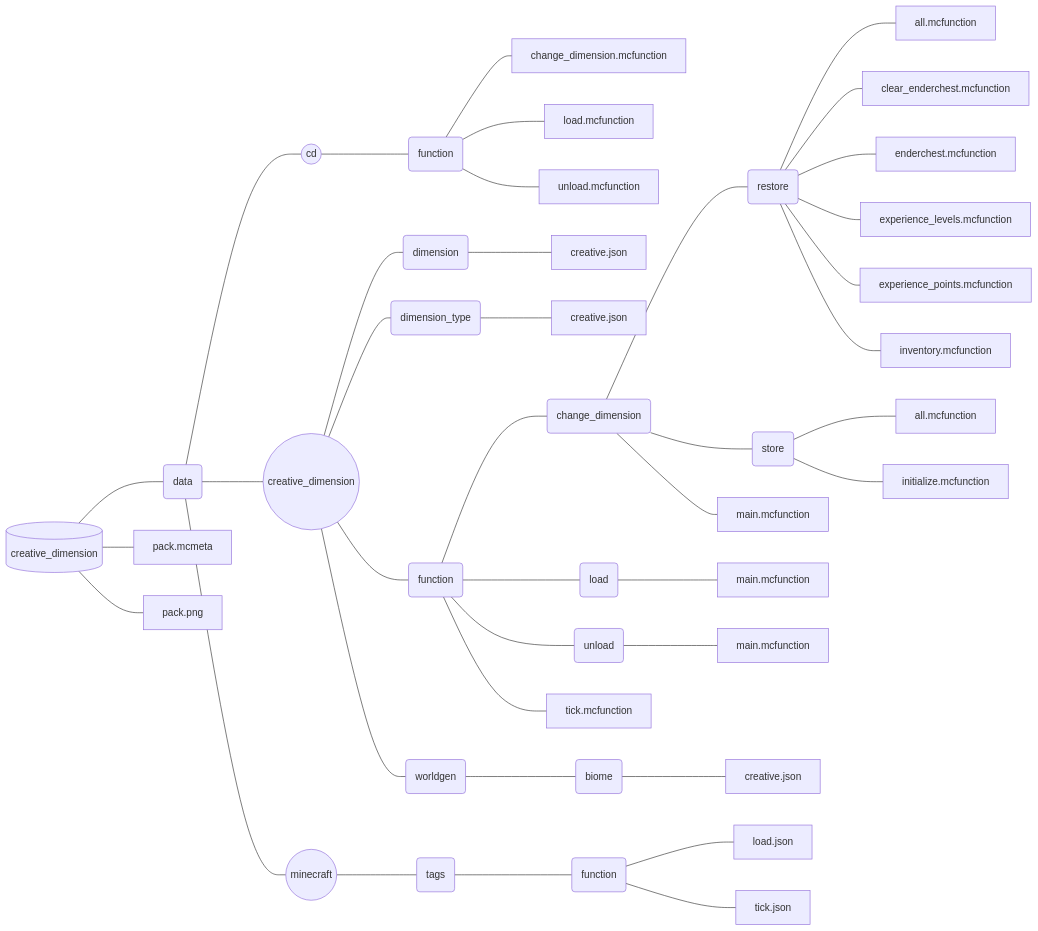
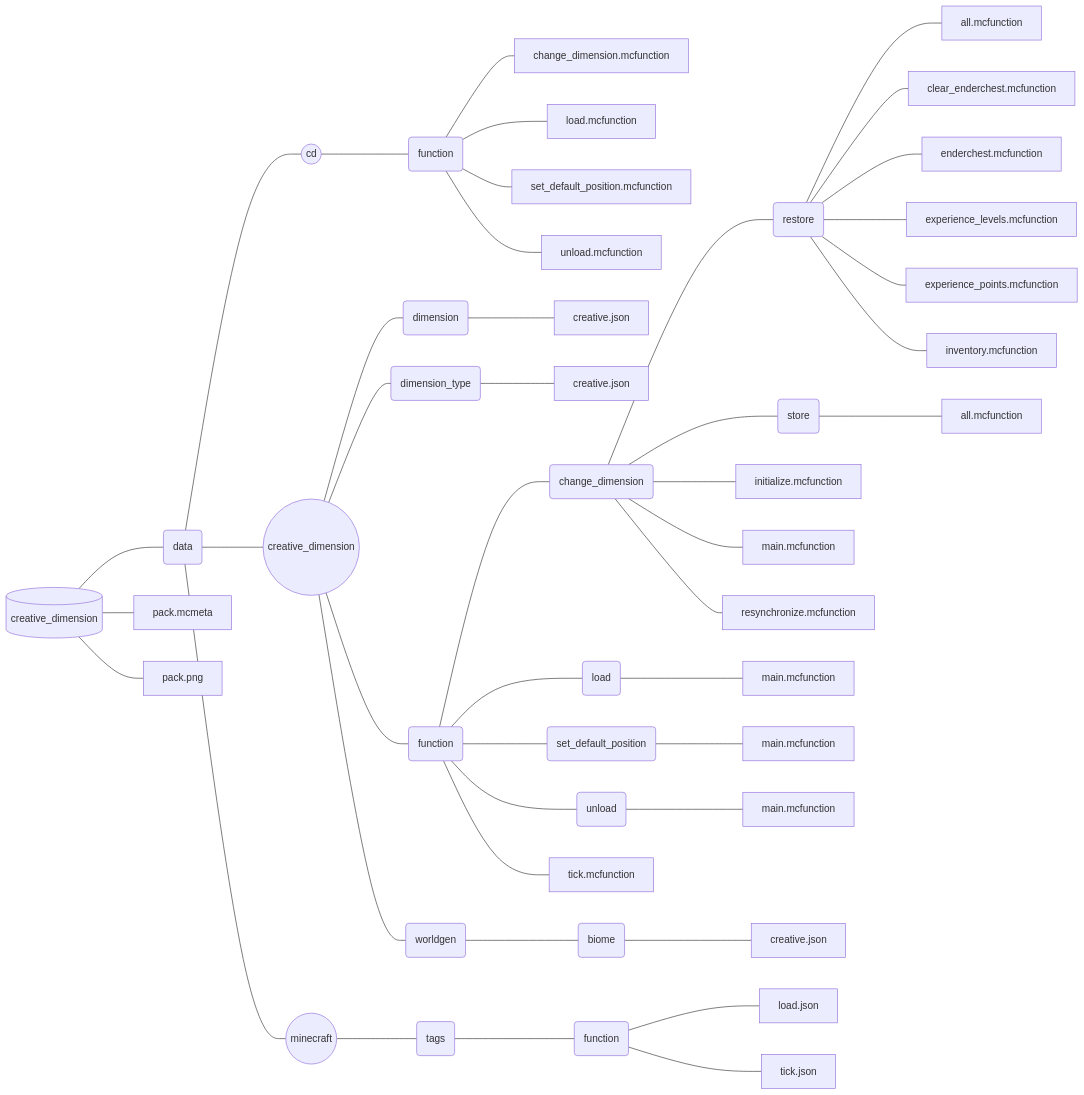
One commit to Srymm/creative_dimension changed the second of 2 diagrams in README.md. Above: the diagram before and after it, drawn with Mermaid. The commit also changed other lines of this file, not shown here.

````diff
--- a/README.md
+++ b/README.md
@@ -90,34 +107,37 @@
 ```mermaid
 graph LR
 PACK[(creative_dimension)]
 PACK --- DATA(data)
          DATA --- CD((cd)) --- INTERFACE(function)
                                INTERFACE --- A[change_dimension.mcfunction]
-                               INTERFACE --- C[load.mcfunction]
+                               INTERFACE --- B[load.mcfunction]
+                               INTERFACE --- C[set_default_position.mcfunction]
                                INTERFACE --- D[unload.mcfunction]
          DATA --- CREATIVE_DIMENSION((creative_dimension))
                   CREATIVE_DIMENSION --- DIMENSION(dimension) --- E[creative.json]
                   CREATIVE_DIMENSION --- DIMENSION_TYPE(dimension_type) --- F[creative.json]
                   CREATIVE_DIMENSION --- FUNCTION(function)
                                          FUNCTION --- CHANGE_DIMENSION(change_dimension)
                                                       CHANGE_DIMENSION --- RESTORE(restore)
                                                                            RESTORE --- H[all.mcfunction]
                                                                            RESTORE --- I[clear_enderchest.mcfunction]
                                                                            RESTORE --- J[enderchest.mcfunction]
                                                                            RESTORE --- K[experience_levels.mcfunction]
                                                                            RESTORE --- L[experience_points.mcfunction]
                                                                            RESTORE --- M[inventory.mcfunction]
                                                       CHANGE_DIMENSION --- STORE(store)
                                                                            STORE --- N[all.mcfunction]
-                                                                           STORE --- O[initialize.mcfunction]
+                                                      CHANGE_DIMENSION --- O[initialize.mcfunction]
                                                       CHANGE_DIMENSION --- P[main.mcfunction]
+                                                      CHANGE_DIMENSION --- Q[resynchronize.mcfunction]
                                          FUNCTION --- LOAD(load) --- R[main.mcfunction]
-                                         FUNCTION --- UNLOAD(unload) --- S[main.mcfunction]
-                                         FUNCTION --- T[tick.mcfunction]
-                  CREATIVE_DIMENSION --- WORLDGEN(worldgen) --- BIOME(biome) --- U[creative.json]
+                                         FUNCTION --- SET_DEFAULT_POSITION(set_default_position) --- S[main.mcfunction]
+                                         FUNCTION --- UNLOAD(unload) --- T[main.mcfunction]
+                                         FUNCTION --- U[tick.mcfunction]
+                  CREATIVE_DIMENSION --- WORLDGEN(worldgen) --- BIOME(biome) --- V[creative.json]
          DATA --- MINECRAFT((minecraft)) --- TAGS(tags) --- AUTOMATICALLY(function)
-                                                            AUTOMATICALLY --- V[load.json]
-                                                            AUTOMATICALLY --- W[tick.json]
-PACK --- X[pack.mcmeta]
-PACK --- Y[pack.png]
+                                                            AUTOMATICALLY --- W[load.json]
+                                                            AUTOMATICALLY --- X[tick.json]
+PACK --- Y[pack.mcmeta]
+PACK --- Z[pack.png]
 ```
````
